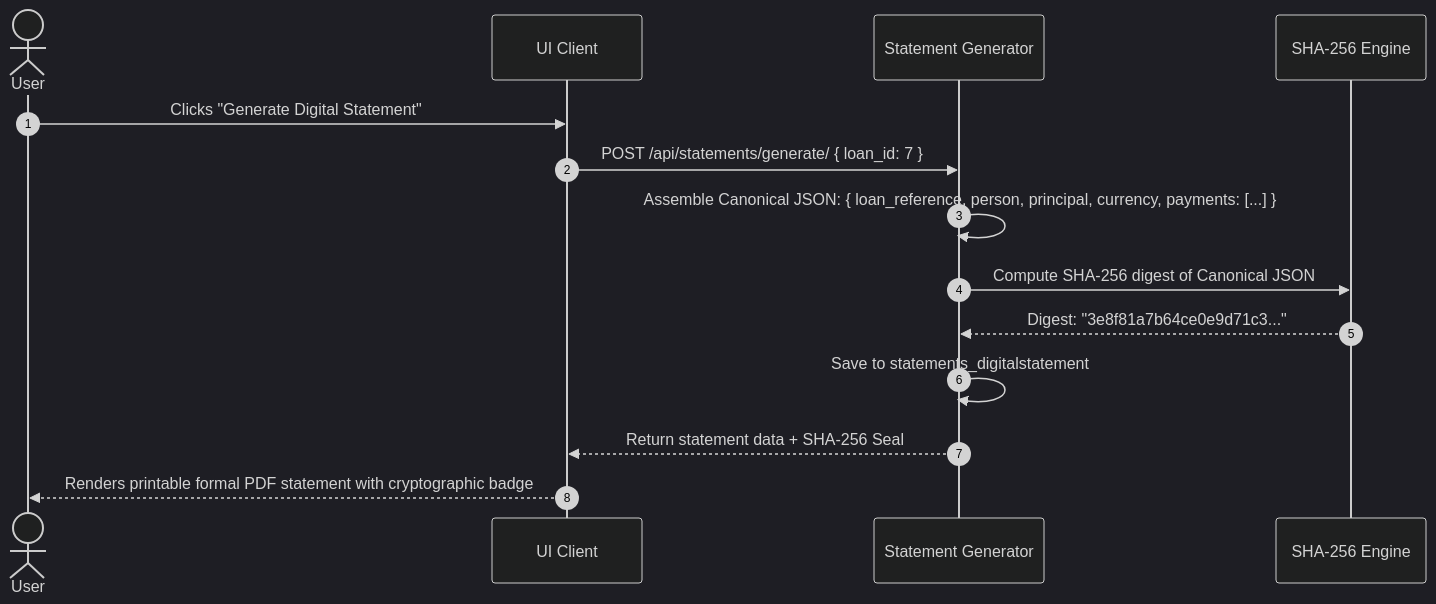
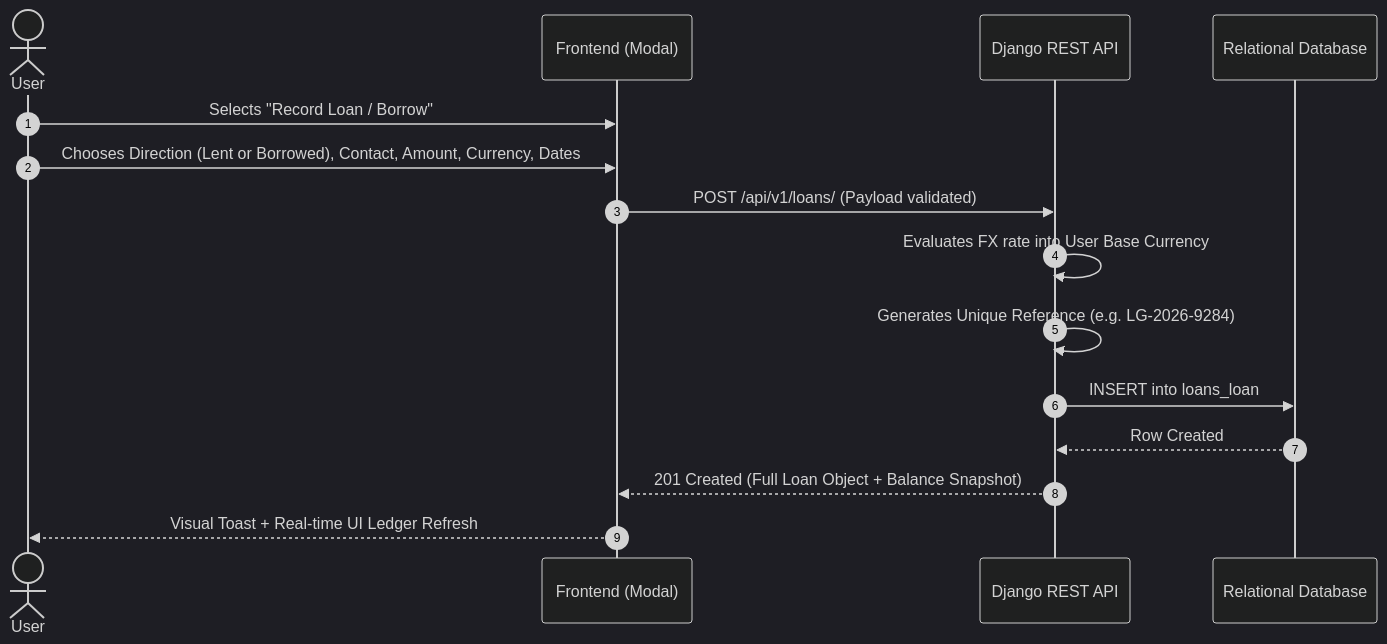
One commit to Karthigeyan583/Lendguard_og changed the third of 3 diagrams in LendGuard_Comprehensive_Technical_Specification.md. Above: the diagram before and after it, drawn with Mermaid (dark theme). The commit also changed other lines of this file, not shown here.

````diff
--- a/LendGuard_Comprehensive_Technical_Specification.md
+++ b/LendGuard_Comprehensive_Technical_Specification.md
@@ -266,17 +300,18 @@
 ```mermaid
 sequenceDiagram
     autonumber
     actor User
-    participant Frontend as UI Client
-    participant Backend as Statement Generator
-    participant Hash as SHA-256 Engine
-
-    User->>Frontend: Clicks "Generate Digital Statement"
-    Frontend->>Backend: POST /api/statements/generate/ { loan_id: 7 }
-    Backend->>Backend: Assemble Canonical JSON: { loan_reference, person, principal, currency, payments: [...] }
-    Backend->>Hash: Compute SHA-256 digest of Canonical JSON
-    Hash-->>Backend: Digest: "3e8f81a7b64ce0e9d71c3..."
-    Backend->>Backend: Save to statements_digitalstatement
-    Backend-->>Frontend: Return statement data + SHA-256 Seal
-    Frontend-->>User: Renders printable formal PDF statement with cryptographic badge
+    participant UI as Frontend (Modal)
+    participant API as Django REST API
+    participant DB as Relational Database
+    
+    User->>UI: Selects "Record Loan / Borrow"
+    User->>UI: Chooses Direction (Lent or Borrowed), Contact, Amount, Currency, Dates
+    UI->>API: POST /api/v1/loans/ (Payload validated)
+    API->>API: Evaluates FX rate into User Base Currency
+    API->>API: Generates Unique Reference (e.g. LG-2026-9284)
+    API->>DB: INSERT into loans_loan
+    DB-->>API: Row Created
+    API-->>UI: 201 Created (Full Loan Object + Balance Snapshot)
+    UI-->>User: Visual Toast + Real-time UI Ledger Refresh
 ```
````
